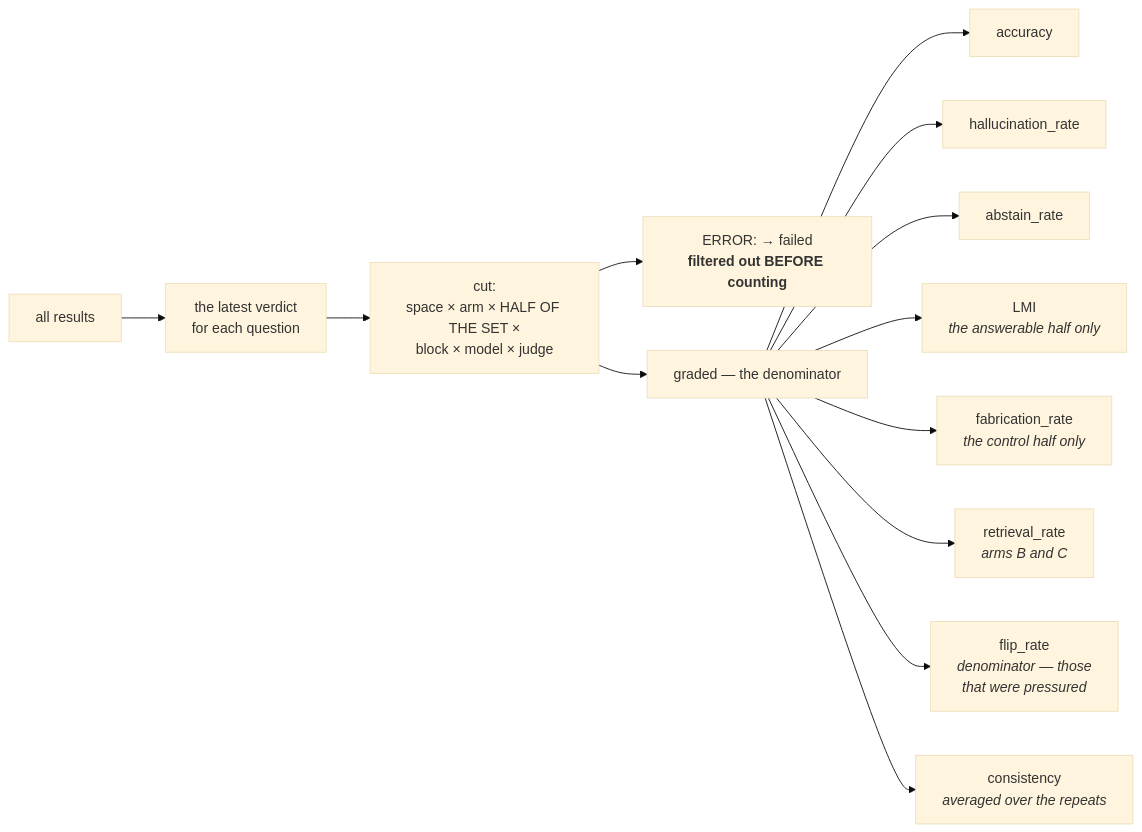
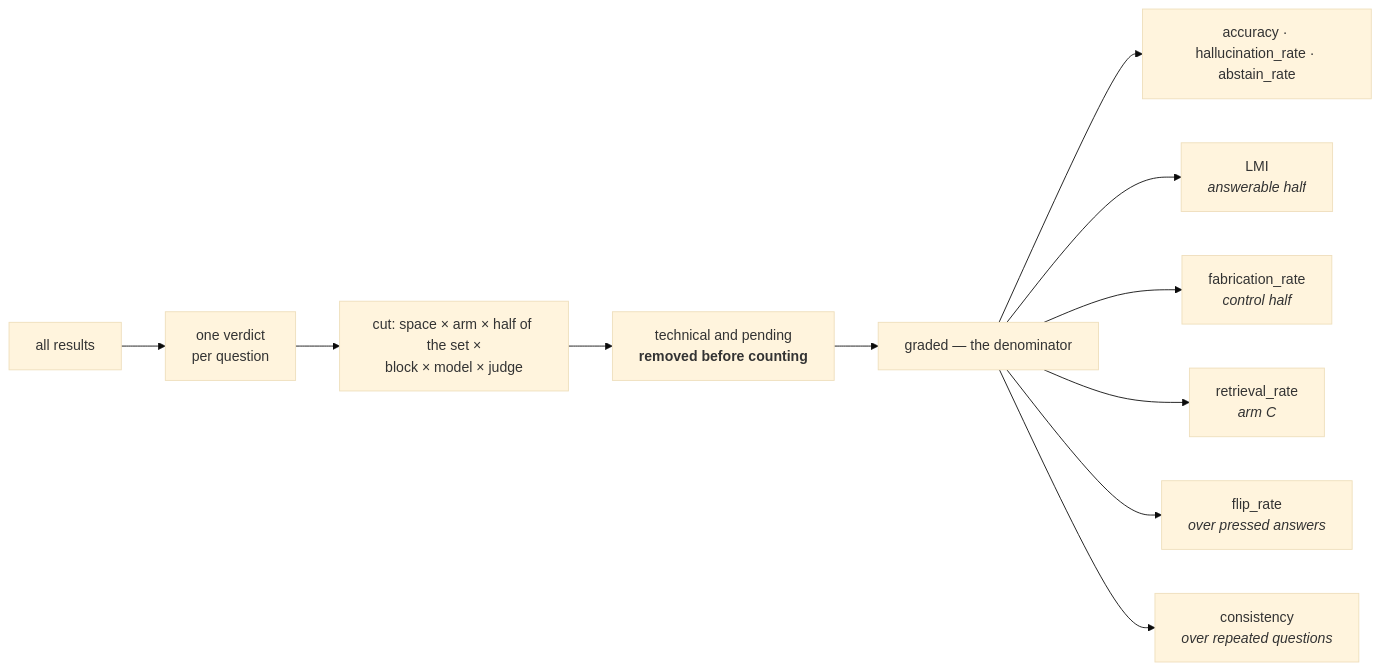
The diagram in packages/benchmark/docs/06-report.md (OpenMined/syft-space), drawn with Mermaid (base theme) before and after one commit. The commit also changed other lines of this file and 112 other files, not shown here.

Commit message:
feat(benchmark): question quality and grading fixes, archive check, spaCy removed; front matter metadata in Space; docs refreshed

````diff
--- a/packages/benchmark/docs/06-report.md
+++ b/packages/benchmark/docs/06-report.md
@@ -21,13 +20,13 @@
 ```mermaid
 flowchart LR
-    ALL["all results"] --> LATEST["the latest verdict<br/>for each question"]
-    LATEST --> CUT["cut:<br/>space × arm × HALF OF THE SET ×<br/>block × model × judge"]
-    CUT --> FAIL["ERROR: → failed<br/><b>filtered out BEFORE counting</b>"]
-    CUT --> GRADED["graded — the denominator"]
-    GRADED --> ACC["accuracy"] & HAL["hallucination_rate"] & ABS["abstain_rate"]
-    GRADED --> LMI["LMI<br/><i>the answerable half only</i>"]
-    GRADED --> FAB["fabrication_rate<br/><i>the control half only</i>"]
-    GRADED --> RET["retrieval_rate<br/><i>arms B and C</i>"]
-    GRADED --> PRESSED["flip_rate<br/><i>denominator — those<br/>that were pressured</i>"]
-    GRADED --> CONS["consistency<br/><i>averaged over the repeats</i>"]
+    ALL["all results"] --> LATEST["one verdict<br/>per question"]
+    LATEST --> CUT["cut: space × arm × half of the set ×<br/>block × model × judge"]
+    CUT --> OUT["technical and pending<br/><b>removed before counting</b>"]
+    OUT --> GRADED["graded — the denominator"]
+    GRADED --> ACC["accuracy · hallucination_rate · abstain_rate"]
+    GRADED --> LMI["LMI<br/><i>answerable half</i>"]
+    GRADED --> FAB["fabrication_rate<br/><i>control half</i>"]
+    GRADED --> RET["retrieval_rate<br/><i>arm C</i>"]
+    GRADED --> PRESSED["flip_rate<br/><i>over pressed answers</i>"]
+    GRADED --> CONS["consistency<br/><i>over repeated questions</i>"]
 ```
````
